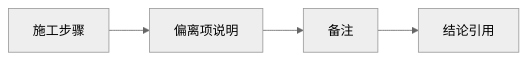
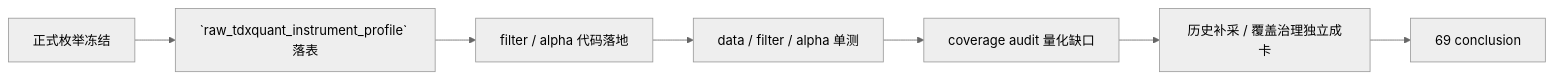
The diagram in docs/03-execution/records/69-filter-objective-tradability-and-universe-gate-freeze-record-20260415.md (everything-is-simple/lifespan-0.01), drawn with Mermaid (neutral theme) before and after one commit. The commit also changed other lines of this file and 25 other files, not shown here.

Commit message:
filter: freeze objective gate and audit coverage

````diff
--- a/docs/03-execution/records/69-filter-objective-tradability-and-universe-gate-freeze-record-20260415.md
+++ b/docs/03-execution/records/69-filter-objective-tradability-and-universe-gate-freeze-record-20260415.md
@@ -22,6 +26,9 @@
 ```mermaid
 flowchart LR
-    STEP[施工步骤] --> DEV[偏离项说明]
-    DEV --> NOTE[备注]
-    NOTE --> CON[结论引用]
+    ENUM[正式枚举冻结] --> DATA[`raw_tdxquant_instrument_profile` 落表]
+    DATA --> CODE[filter / alpha 代码落地]
+    CODE --> TEST[data / filter / alpha 单测]
+    TEST --> AUDIT[coverage audit 量化缺口]
+    AUDIT --> GAP[历史补采 / 覆盖治理独立成卡]
+    GAP --> CON[69 conclusion]
 ```
````
